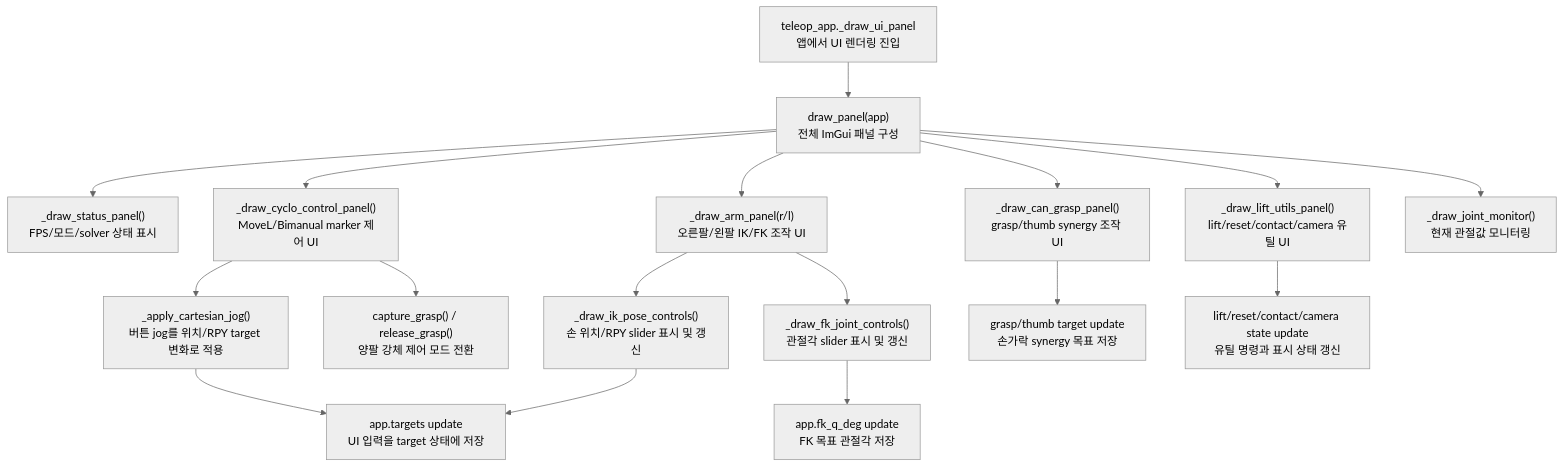
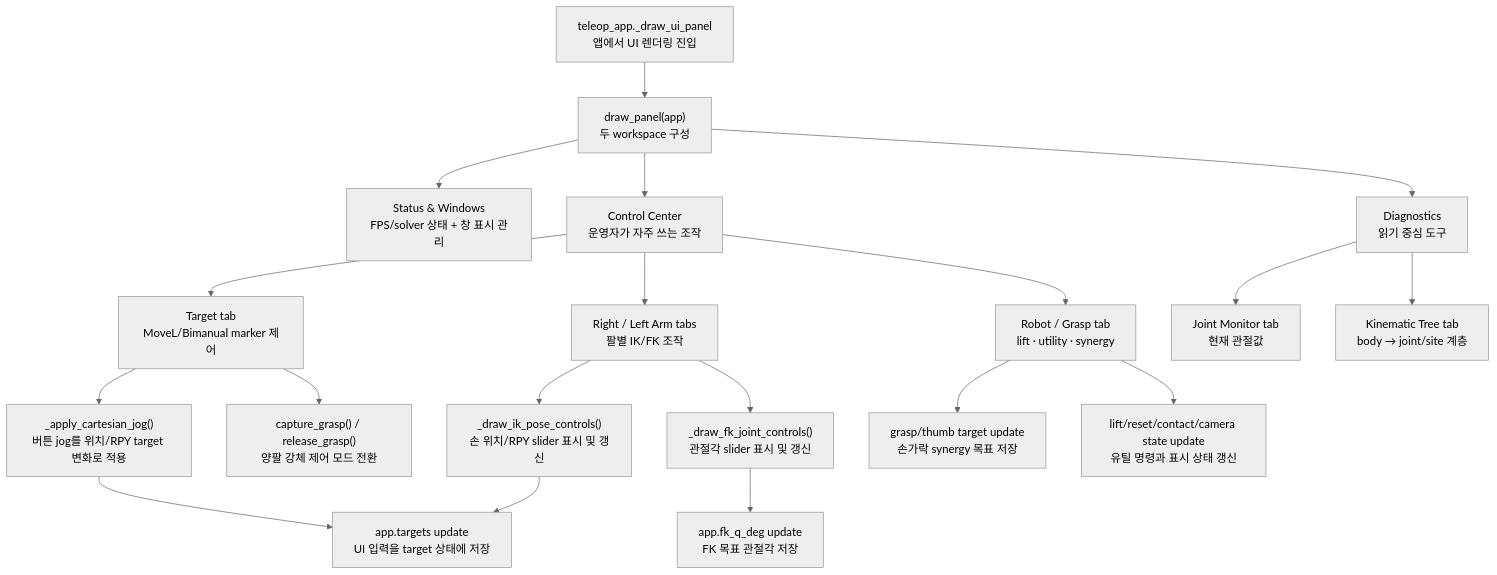
The diagram in docs/guide/teleop_ui.md (ggh-png/ffw-sh5-grasp), drawn with Mermaid (neutral theme) before and after one commit. The commit also changed other lines of this file and 40 other files, not shown here.

````diff
--- a/docs/guide/teleop_ui.md
+++ b/docs/guide/teleop_ui.md
@@ -47,20 +57,22 @@
 ```mermaid
 flowchart TD
-    A["teleop_app._draw_ui_panel<br>앱에서 UI 렌더링 진입"] --> B["draw_panel(app)<br>전체 ImGui 패널 구성"]
-    B --> C["_draw_status_panel()<br>FPS/모드/solver 상태 표시"]
-    B --> D["_draw_cyclo_control_panel()<br>MoveL/Bimanual marker 제어 UI"]
-    B --> E["_draw_arm_panel(r/l)<br>오른팔/왼팔 IK/FK 조작 UI"]
-    B --> F["_draw_can_grasp_panel()<br>grasp/thumb synergy 조작 UI"]
-    B --> G["_draw_lift_utils_panel()<br>lift/reset/contact/camera 유틸 UI"]
-    B --> H["_draw_joint_monitor()<br>현재 관절값 모니터링"]
+    A["teleop_app._draw_ui_panel<br>앱에서 UI 렌더링 진입"] --> B["draw_panel(app)<br>두 workspace 구성"]
+    B --> C["Status & Windows<br>FPS/solver 상태 + 창 표시 관리"]
+    B --> W["Control Center<br>운영자가 자주 쓰는 조작"]
+    W --> D["Target tab<br>MoveL/Bimanual marker 제어"]
+    W --> E["Right / Left Arm tabs<br>팔별 IK/FK 조작"]
+    W --> F["Robot / Grasp tab<br>lift · utility · synergy"]
+    B --> X["Diagnostics<br>읽기 중심 도구"]
+    X --> G["Joint Monitor tab<br>현재 관절값"]
+    X --> H["Kinematic Tree tab<br>body → joint/site 계층"]
 
     D --> I["_apply_cartesian_jog()<br>버튼 jog를 위치/RPY target 변화로 적용"]
     I --> J["app.targets update<br>UI 입력을 target 상태에 저장"]
     D --> K["capture_grasp() / release_grasp()<br>양팔 강체 제어 모드 전환"]
     E --> L["_draw_ik_pose_controls()<br>손 위치/RPY slider 표시 및 갱신"]
     E --> M["_draw_fk_joint_controls()<br>관절각 slider 표시 및 갱신"]
     L --> J
     M --> N["app.fk_q_deg update<br>FK 목표 관절각 저장"]
     F --> O["grasp/thumb target update<br>손가락 synergy 목표 저장"]
-    G --> P["lift/reset/contact/camera state update<br>유틸 명령과 표시 상태 갱신"]
+    F --> P["lift/reset/contact/camera state update<br>유틸 명령과 표시 상태 갱신"]
 ```
````
